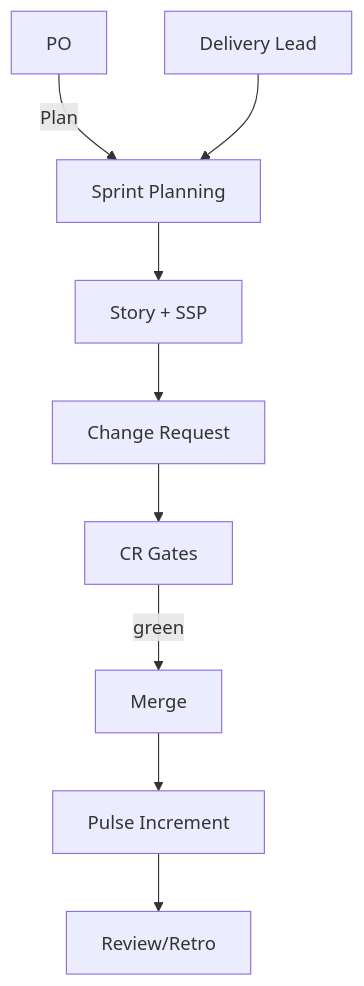
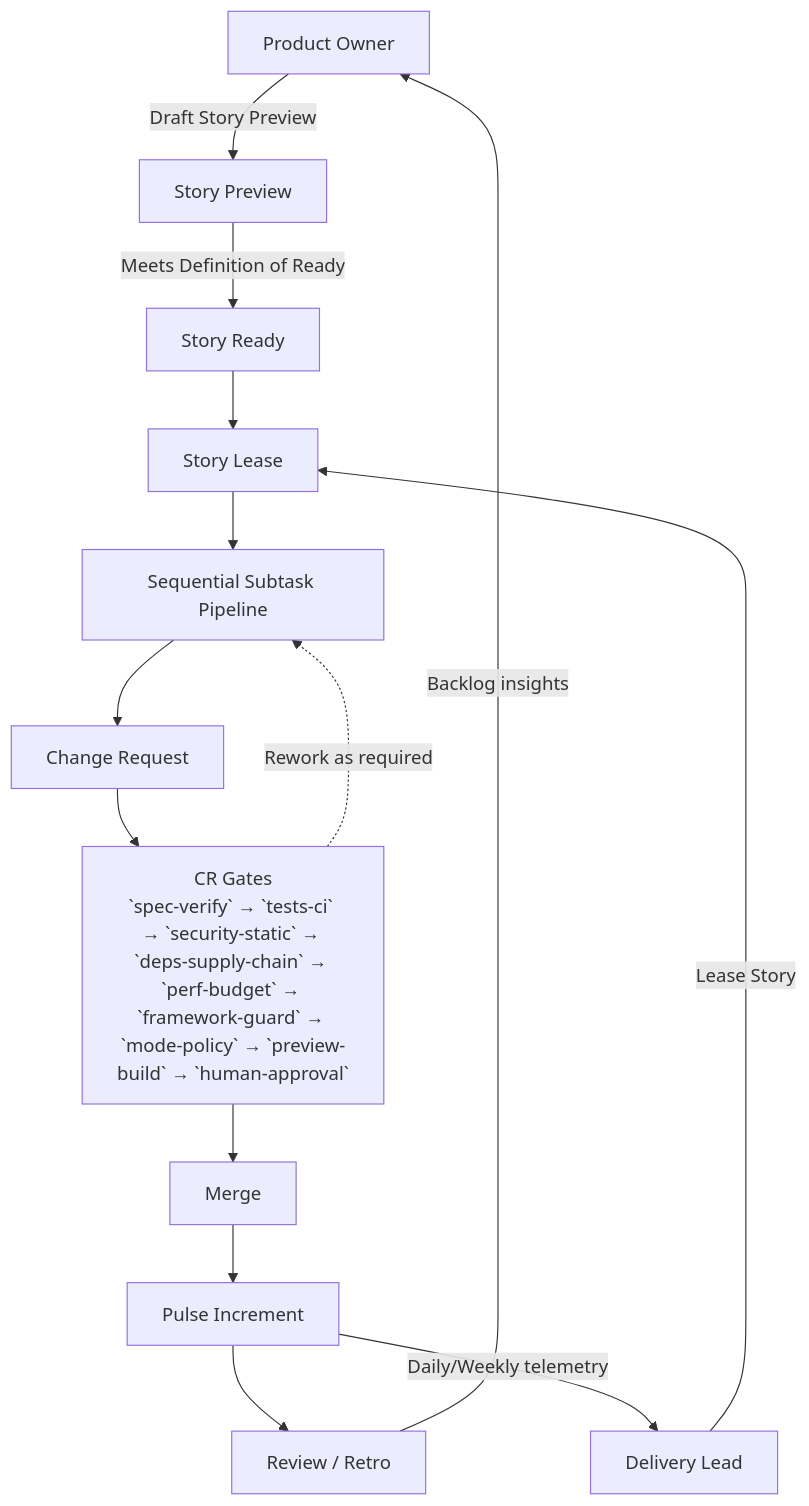
One commit to airnub/agentic-delivery-framework-internal changed the diagram in README.md. Above: the diagram before and after it, drawn with Mermaid. The commit also changed other lines of this file and 1 other file, not shown here.

Commit message:
docs: linearize method diagram (#55)
* docs: linearize method diagram

* docs: restore bidirectional method flow

* docs: split method diagrams

* docs(diagrams): fix detailed mermaid syntax

````diff
--- a/README.md
+++ b/README.md
@@ -65,11 +67,18 @@
 ```mermaid
-graph TD
-  PO[PO] -->|Plan| SP[Sprint Planning]
-  DL[Delivery Lead] --> SP
-  SP --> ST[Story + SSP]
-  ST --> CR[Change Request]
-  CR --> GATES[CR Gates]
-  GATES -->|green| MERGE[Merge]
+flowchart TD
+  PO[Product Owner] -->|Draft Story Preview| PREVIEW[Story Preview]
+  PREVIEW -->|Meets Definition of Ready| READY[Story Ready]
+  DL[Delivery Lead] -->|Lease Story| LEASE[Story Lease]
+  READY --> LEASE
+  LEASE --> SSP[Sequential Subtask Pipeline]
+  SSP --> CR[Change Request]
+
+  CR --> GATES["CR Gates\n`spec-verify` → `tests-ci` → `security-static` → `deps-supply-chain` → `perf-budget` → `framework-guard` → `mode-policy` → `preview-build` → `human-approval`"]
+  GATES --> MERGE[Merge]
+  GATES -.->|Rework as required| SSP
+
   MERGE --> PULSE[Pulse Increment]
-  PULSE --> REVIEW[Review/Retro]
+  PULSE --> REVIEW[Review / Retro]
+  REVIEW -->|Backlog insights| PO
+  PULSE -->|Daily/Weekly telemetry| DL
 ```
````
